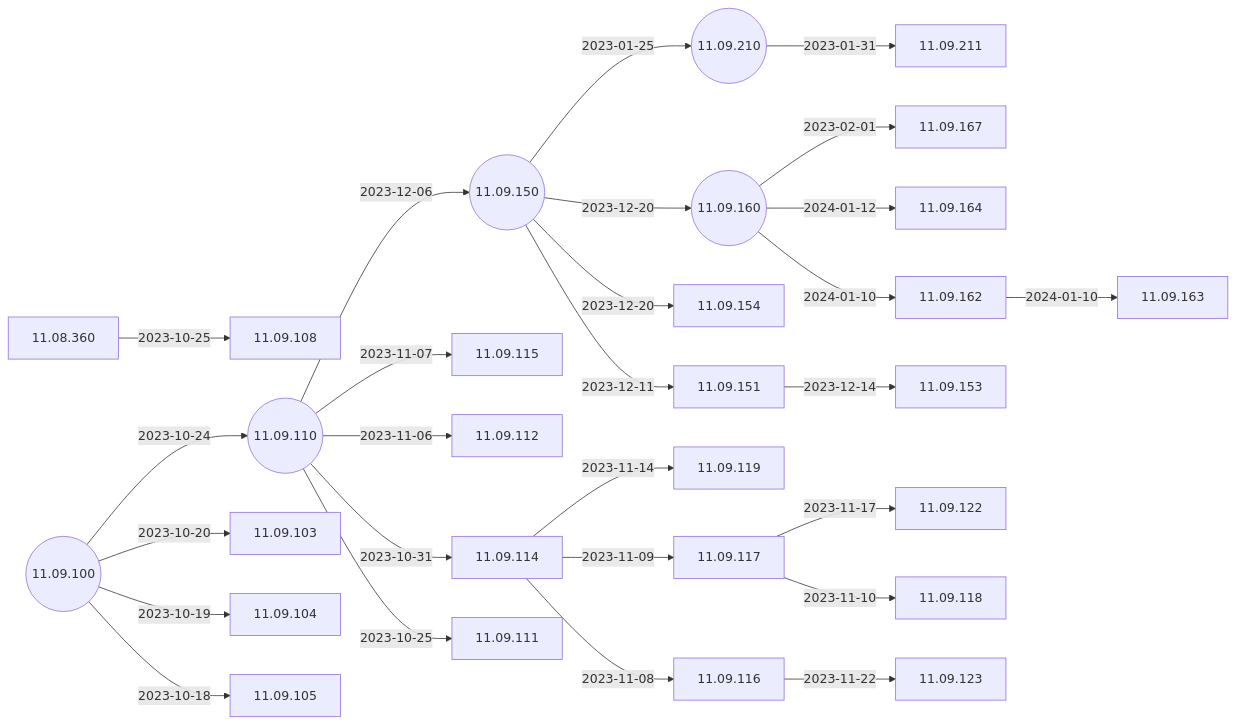
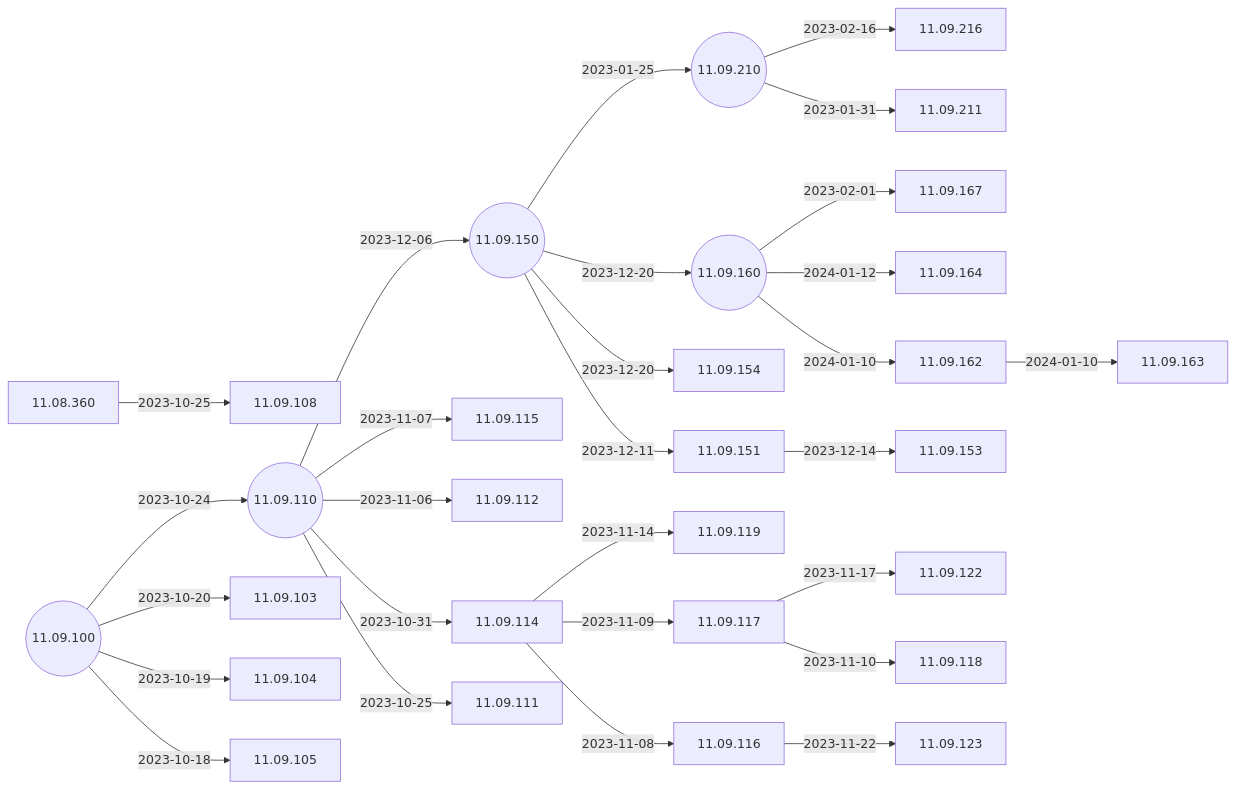
Before and after one commit to IGEL-Community/IGEL-Docs-v02: the second of 5 diagrams in docs/Docs/ReleaseNotes/01-OS11/README.md, drawn with Mermaid. The commit also changed 2 other files, not shown here.

Commit message:
11.09.216 < 11.09.210

````diff
--- a/docs/Docs/ReleaseNotes/01-OS11/README.md
+++ b/docs/Docs/ReleaseNotes/01-OS11/README.md
@@ -41,57 +41,59 @@
 ```mermaid
 flowchart LR
+    11.09.210-- 2023-02-16 -->11.09.216
     11.09.160-- 2023-02-01 -->11.09.167
     11.09.210-- 2023-01-31 -->11.09.211
     11.09.150-- 2023-01-25 -->11.09.210((11.09.210))
     11.09.162-- 2024-01-10 -->11.09.163
     11.09.160-- 2024-01-12 -->11.09.164
     11.09.160-- 2024-01-10 -->11.09.162
     11.09.150-- 2023-12-20 -->11.09.160((11.09.160))
     11.09.150-- 2023-12-20 -->11.09.154
     11.09.151-- 2023-12-14 -->11.09.153
     11.09.150-- 2023-12-11 -->11.09.151
     11.09.110-- 2023-12-06 -->11.09.150((11.09.150))
     11.09.116-- 2023-11-22 -->11.09.123
     11.09.117-- 2023-11-17 -->11.09.122
     11.09.114-- 2023-11-14 -->11.09.119
     11.09.117-- 2023-11-10 -->11.09.118
     11.09.114-- 2023-11-09 -->11.09.117
     11.09.114-- 2023-11-08 -->11.09.116
     11.09.110-- 2023-11-07 -->11.09.115
     11.09.110-- 2023-11-06 -->11.09.112
     11.09.110-- 2023-10-31 -->11.09.114
     11.08.360-- 2023-10-25 -->11.09.108
     11.09.110-- 2023-10-25 -->11.09.111
     11.09.100-- 2023-10-24 -->11.09.110((11.09.110))
     11.09.100-- 2023-10-20 -->11.09.103
     11.09.100-- 2023-10-19 -->11.09.104
     11.09.100-- 2023-10-18 -->11.09.105
     11.09.100((11.09.100))
+    click 11.09.216 "https://github.com/IGEL-Community/IGEL-Docs-v02/tree/main/docs/Docs/ReleaseNotes/01-OS11/readme11.09.216.txt" _blank
     click 11.09.167 "https://github.com/IGEL-Community/IGEL-Docs-v02/tree/main/docs/Docs/ReleaseNotes/01-OS11/readme11.09.167.txt" _blank
     click 11.09.211 "https://github.com/IGEL-Community/IGEL-Docs-v02/tree/main/docs/Docs/ReleaseNotes/01-OS11/readme11.09.211.txt" _blank
     click 11.09.210 "https://github.com/IGEL-Community/IGEL-Docs-v02/tree/main/docs/Docs/ReleaseNotes/01-OS11/readme11.09.210.txt" _blank
     click 11.09.163 "https://github.com/IGEL-Community/IGEL-Docs-v02/tree/main/docs/Docs/ReleaseNotes/01-OS11/readme11.09.163.txt" _blank
     click 11.09.164 "https://github.com/IGEL-Community/IGEL-Docs-v02/tree/main/docs/Docs/ReleaseNotes/01-OS11/readme11.09.164.txt" _blank
     click 11.09.162 "https://github.com/IGEL-Community/IGEL-Docs-v02/tree/main/docs/Docs/ReleaseNotes/01-OS11/readme11.09.162.txt" _blank
     click 11.09.160 "https://github.com/IGEL-Community/IGEL-Docs-v02/tree/main/docs/Docs/ReleaseNotes/01-OS11/readme11.09.160.txt" _blank
     click 11.09.154 "https://github.com/IGEL-Community/IGEL-Docs-v02/tree/main/docs/Docs/ReleaseNotes/01-OS11/readme11.09.154.txt" _blank
     click 11.09.153 "https://github.com/IGEL-Community/IGEL-Docs-v02/tree/main/docs/Docs/ReleaseNotes/01-OS11/readme11.09.153.txt" _blank
     click 11.09.151 "https://github.com/IGEL-Community/IGEL-Docs-v02/tree/main/docs/Docs/ReleaseNotes/01-OS11/readme11.09.151.txt" _blank
     click 11.09.150 "https://github.com/IGEL-Community/IGEL-Docs-v02/tree/main/docs/Docs/ReleaseNotes/01-OS11/readme11.09.150.txt" _blank
     click 11.09.123 "https://github.com/IGEL-Community/IGEL-Docs-v02/tree/main/docs/Docs/ReleaseNotes/01-OS11/readme11.09.123.txt" _blank
     click 11.09.122 "https://github.com/IGEL-Community/IGEL-Docs-v02/tree/main/docs/Docs/ReleaseNotes/01-OS11/readme11.09.122.txt" _blank
     click 11.09.119 "https://github.com/IGEL-Community/IGEL-Docs-v02/tree/main/docs/Docs/ReleaseNotes/01-OS11/readme11.09.119.txt" _blank
     click 11.09.118 "https://github.com/IGEL-Community/IGEL-Docs-v02/tree/main/docs/Docs/ReleaseNotes/01-OS11/readme11.09.118.txt" _blank
     click 11.09.117 "https://github.com/IGEL-Community/IGEL-Docs-v02/tree/main/docs/Docs/ReleaseNotes/01-OS11/readme11.09.117.txt" _blank
     click 11.09.116 "https://github.com/IGEL-Community/IGEL-Docs-v02/tree/main/docs/Docs/ReleaseNotes/01-OS11/readme11.09.116.txt" _blank
     click 11.09.115 "https://github.com/IGEL-Community/IGEL-Docs-v02/tree/main/docs/Docs/ReleaseNotes/01-OS11/readme11.09.115.txt" _blank
     click 11.09.112 "https://github.com/IGEL-Community/IGEL-Docs-v02/tree/main/docs/Docs/ReleaseNotes/01-OS11/readme11.09.112.txt" _blank
     click 11.09.114 "https://github.com/IGEL-Community/IGEL-Docs-v02/tree/main/docs/Docs/ReleaseNotes/01-OS11/readme11.09.114.txt" _blank
     click 11.09.108 "https://github.com/IGEL-Community/IGEL-Docs-v02/tree/main/docs/Docs/ReleaseNotes/01-OS11/readme11.09.108.txt" _blank
     click 11.09.111 "https://github.com/IGEL-Community/IGEL-Docs-v02/tree/main/docs/Docs/ReleaseNotes/01-OS11/readme11.09.111.txt" _blank
     click 11.09.110 "https://github.com/IGEL-Community/IGEL-Docs-v02/tree/main/docs/Docs/ReleaseNotes/01-OS11/readme11.09.110.txt" _blank
     click 11.09.103 "https://github.com/IGEL-Community/IGEL-Docs-v02/tree/main/docs/Docs/ReleaseNotes/01-OS11/readme11.09.103.txt" _blank
     click 11.09.104 "https://github.com/IGEL-Community/IGEL-Docs-v02/tree/main/docs/Docs/ReleaseNotes/01-OS11/readme11.09.104.txt" _blank
     click 11.09.105 "https://github.com/IGEL-Community/IGEL-Docs-v02/tree/main/docs/Docs/ReleaseNotes/01-OS11/readme11.09.105.txt" _blank
     click 11.09.100 "https://github.com/IGEL-Community/IGEL-Docs-v02/tree/main/docs/Docs/ReleaseNotes/01-OS11/readme11.09.100.txt" _blank
 ```
````
